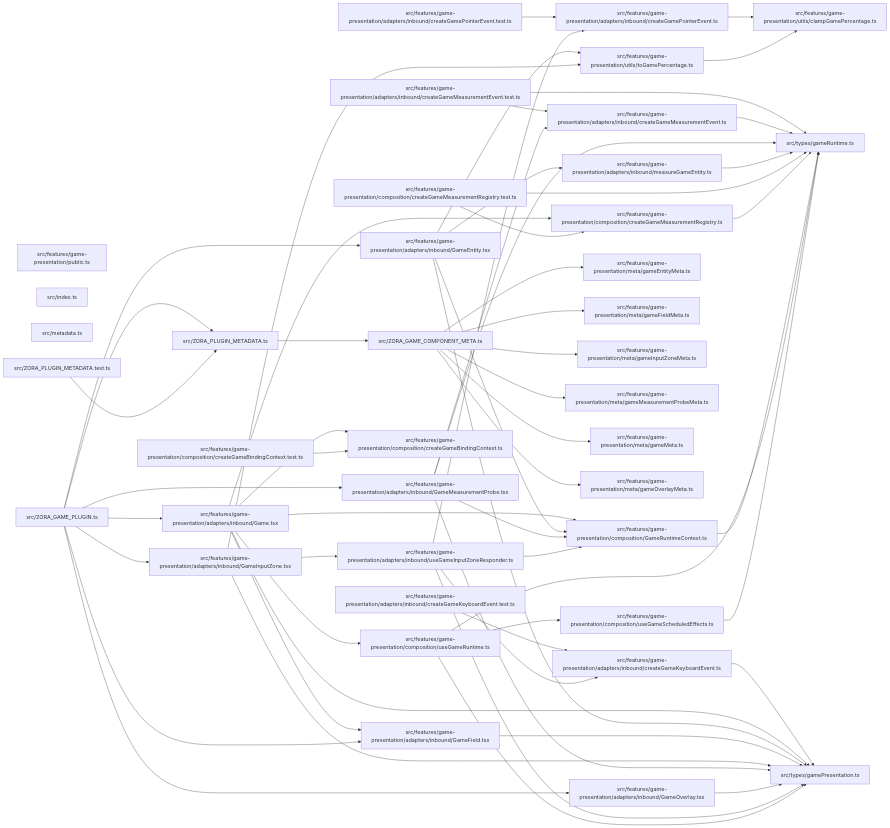
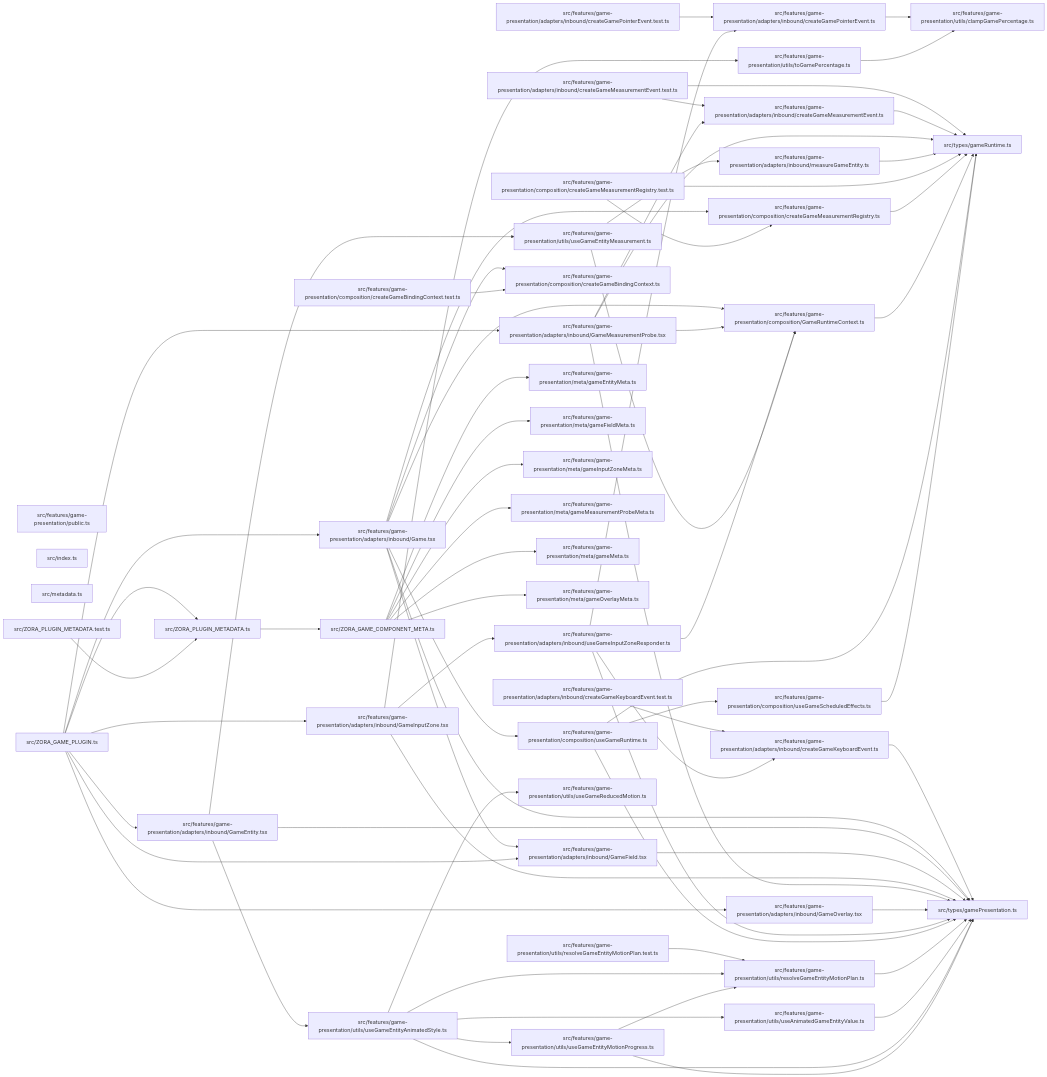
One commit to ankhorage/zora-game changed the diagram in paradox/diagrams/module-relationships.mmd. Above: the diagram before and after it, drawn with Mermaid. The commit also changed 12 other files, not shown here.

```diff
--- a/paradox/diagrams/module-relationships.mmd
+++ b/paradox/diagrams/module-relationships.mmd
@@ -28,7 +28,14 @@
   module_src_features_game_presentation_meta_gameOverlayMeta_ts["src/features/game-presentation/meta/gameOverlayMeta.ts"]
   module_src_features_game_presentation_public_ts["src/features/game-presentation/public.ts"]
   module_src_features_game_presentation_utils_clampGamePercentage_ts["src/features/game-presentation/utils/clampGamePercentage.ts"]
+  module_src_features_game_presentation_utils_resolveGameEntityMotionPlan_test_ts["src/features/game-presentation/utils/resolveGameEntityMotionPlan.test.ts"]
+  module_src_features_game_presentation_utils_resolveGameEntityMotionPlan_ts["src/features/game-presentation/utils/resolveGameEntityMotionPlan.ts"]
   module_src_features_game_presentation_utils_toGamePercentage_ts["src/features/game-presentation/utils/toGamePercentage.ts"]
+  module_src_features_game_presentation_utils_useAnimatedGameEntityValue_ts["src/features/game-presentation/utils/useAnimatedGameEntityValue.ts"]
+  module_src_features_game_presentation_utils_useGameEntityAnimatedStyle_ts["src/features/game-presentation/utils/useGameEntityAnimatedStyle.ts"]
+  module_src_features_game_presentation_utils_useGameEntityMeasurement_ts["src/features/game-presentation/utils/useGameEntityMeasurement.ts"]
+  module_src_features_game_presentation_utils_useGameEntityMotionProgress_ts["src/features/game-presentation/utils/useGameEntityMotionProgress.ts"]
+  module_src_features_game_presentation_utils_useGameReducedMotion_ts["src/features/game-presentation/utils/useGameReducedMotion.ts"]
   module_src_index_ts["src/index.ts"]
   module_src_metadata_ts["src/metadata.ts"]
   module_src_types_gamePresentation_ts["src/types/gamePresentation.ts"]
@@ -50,9 +57,8 @@
   module_src_features_game_presentation_adapters_inbound_Game_tsx --> module_src_features_game_presentation_composition_GameRuntimeContext_ts
   module_src_features_game_presentation_adapters_inbound_Game_tsx --> module_src_features_game_presentation_composition_useGameRuntime_ts
   module_src_features_game_presentation_adapters_inbound_Game_tsx --> module_src_types_gamePresentation_ts
-  module_src_features_game_presentation_adapters_inbound_GameEntity_tsx --> module_src_features_game_presentation_adapters_inbound_measureGameEntity_ts
-  module_src_features_game_presentation_adapters_inbound_GameEntity_tsx --> module_src_features_game_presentation_composition_GameRuntimeContext_ts
-  module_src_features_game_presentation_adapters_inbound_GameEntity_tsx --> module_src_features_game_presentation_utils_toGamePercentage_ts
+  module_src_features_game_presentation_adapters_inbound_GameEntity_tsx --> module_src_features_game_presentation_utils_useGameEntityAnimatedStyle_ts
+  module_src_features_game_presentation_adapters_inbound_GameEntity_tsx --> module_src_features_game_presentation_utils_useGameEntityMeasurement_ts
   module_src_features_game_presentation_adapters_inbound_GameEntity_tsx --> module_src_types_gamePresentation_ts
   module_src_features_game_presentation_adapters_inbound_GameField_tsx --> module_src_types_gamePresentation_ts
   module_src_features_game_presentation_adapters_inbound_GameInputZone_tsx --> module_src_features_game_presentation_adapters_inbound_useGameInputZoneResponder_ts
@@ -77,7 +83,19 @@
   module_src_features_game_presentation_composition_useGameRuntime_ts --> module_src_types_gamePresentation_ts
   module_src_features_game_presentation_composition_useGameRuntime_ts --> module_src_types_gameRuntime_ts
   module_src_features_game_presentation_composition_useGameScheduledEffects_ts --> module_src_types_gameRuntime_ts
+  module_src_features_game_presentation_utils_resolveGameEntityMotionPlan_test_ts --> module_src_features_game_presentation_utils_resolveGameEntityMotionPlan_ts
+  module_src_features_game_presentation_utils_resolveGameEntityMotionPlan_ts --> module_src_types_gamePresentation_ts
   module_src_features_game_presentation_utils_toGamePercentage_ts --> module_src_features_game_presentation_utils_clampGamePercentage_ts
+  module_src_features_game_presentation_utils_useAnimatedGameEntityValue_ts --> module_src_types_gamePresentation_ts
+  module_src_features_game_presentation_utils_useGameEntityAnimatedStyle_ts --> module_src_features_game_presentation_utils_resolveGameEntityMotionPlan_ts
+  module_src_features_game_presentation_utils_useGameEntityAnimatedStyle_ts --> module_src_features_game_presentation_utils_useAnimatedGameEntityValue_ts
+  module_src_features_game_presentation_utils_useGameEntityAnimatedStyle_ts --> module_src_features_game_presentation_utils_useGameEntityMotionProgress_ts
+  module_src_features_game_presentation_utils_useGameEntityAnimatedStyle_ts --> module_src_features_game_presentation_utils_useGameReducedMotion_ts
+  module_src_features_game_presentation_utils_useGameEntityAnimatedStyle_ts --> module_src_types_gamePresentation_ts
+  module_src_features_game_presentation_utils_useGameEntityMeasurement_ts --> module_src_features_game_presentation_adapters_inbound_measureGameEntity_ts
+  module_src_features_game_presentation_utils_useGameEntityMeasurement_ts --> module_src_features_game_presentation_composition_GameRuntimeContext_ts
+  module_src_features_game_presentation_utils_useGameEntityMotionProgress_ts --> module_src_features_game_presentation_utils_resolveGameEntityMotionPlan_ts
+  module_src_features_game_presentation_utils_useGameEntityMotionProgress_ts --> module_src_types_gamePresentation_ts
   module_src_ZORA_GAME_COMPONENT_META_ts --> module_src_features_game_presentation_meta_gameEntityMeta_ts
   module_src_ZORA_GAME_COMPONENT_META_ts --> module_src_features_game_presentation_meta_gameFieldMeta_ts
   module_src_ZORA_GAME_COMPONENT_META_ts --> module_src_features_game_presentation_meta_gameInputZoneMeta_ts
```
